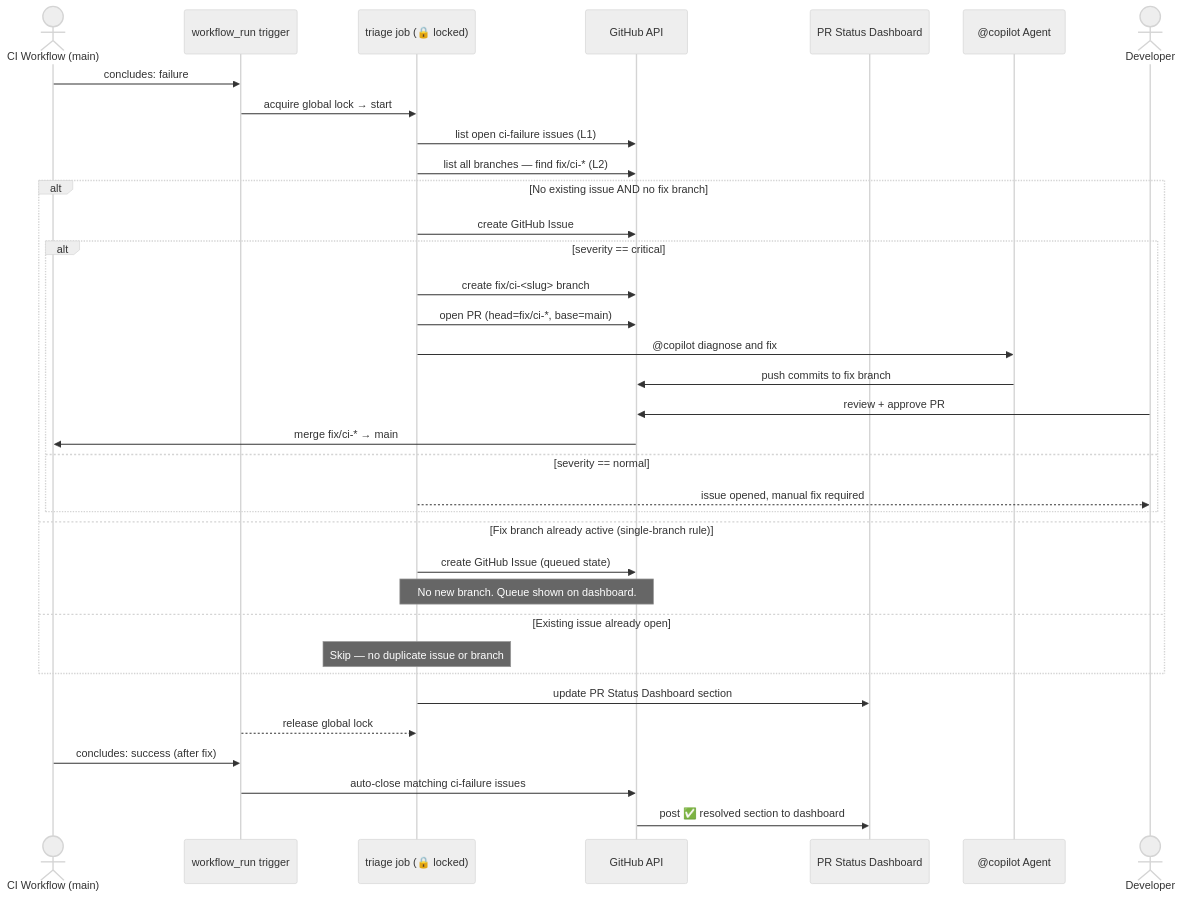
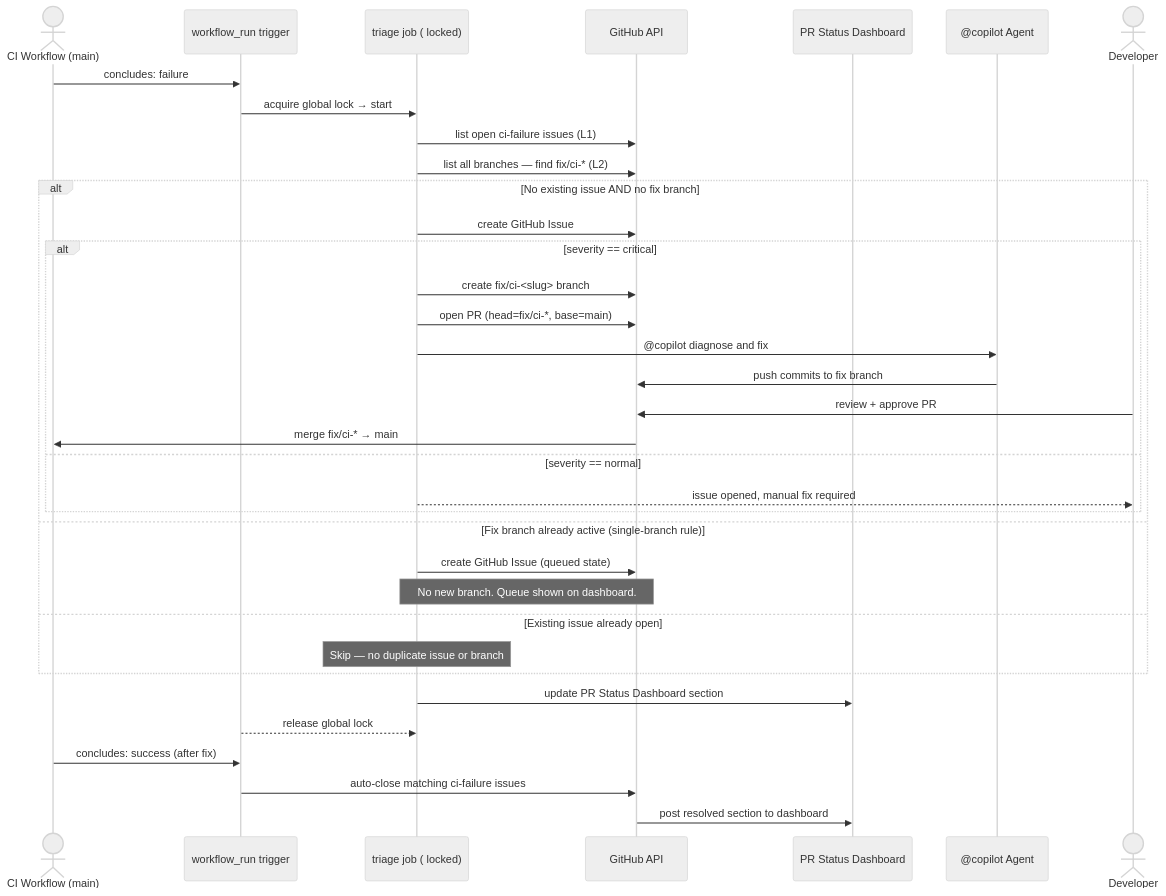
Before and after one commit to Aries-Serpent/_codex_: the fourth of 6 diagrams in docs/ci/CI_FAILURE_AUTO_RESPONSE.md, drawn with Mermaid (neutral theme). The commit also changed other lines of this file and 2029 other files, not shown here.

````diff
--- a/docs/ci/CI_FAILURE_AUTO_RESPONSE.md
+++ b/docs/ci/CI_FAILURE_AUTO_RESPONSE.md
@@ -133,43 +135,43 @@
 ```mermaid
 %%{init: {'accessibility': {'title': 'Sequence Diagram: >> DEV : issue opened, manual '}}%%
 sequenceDiagram
     actor CI   as CI Workflow (main)
     participant WR as workflow_run trigger
-    participant T  as triage job (🔒 locked)
+    participant T  as triage job ( locked)
     participant GH as GitHub API
     participant DB as PR Status Dashboard
     participant CP as @copilot Agent
     actor DEV  as Developer
 
     CI  ->> WR : concludes: failure
     WR  ->> T  : acquire global lock → start
 
     T   ->> GH : list open ci-failure issues (L1)
     T   ->> GH : list all branches — find fix/ci-* (L2)
 
     alt No existing issue AND no fix branch
         T  ->> GH : create GitHub Issue
         alt severity == critical
             T  ->> GH : create fix/ci-<slug> branch
             T  ->> GH : open PR (head=fix/ci-*, base=main)
             T  ->> CP : @copilot diagnose and fix
             CP ->> GH : push commits to fix branch
             DEV ->> GH : review + approve PR
             GH ->> CI : merge fix/ci-* → main
         else severity == normal
             T  -->> DEV : issue opened, manual fix required
         end
     else Fix branch already active  (single-branch rule)
         T  ->> GH : create GitHub Issue (queued state)
         Note over T,GH : No new branch. Queue shown on dashboard.
     else Existing issue already open
         Note over T : Skip — no duplicate issue or branch
     end
 
     T   ->> DB : update PR Status Dashboard section
     WR  -->> T : release global lock
 
     CI  ->> WR : concludes: success (after fix)
     WR  ->> GH : auto-close matching ci-failure issues
-    GH  ->> DB : post ✅ resolved section to dashboard
+    GH  ->> DB : post  resolved section to dashboard
 ```
````
